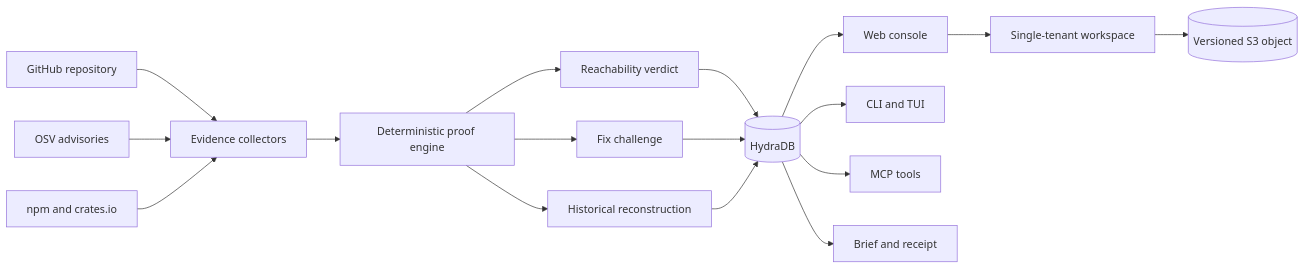
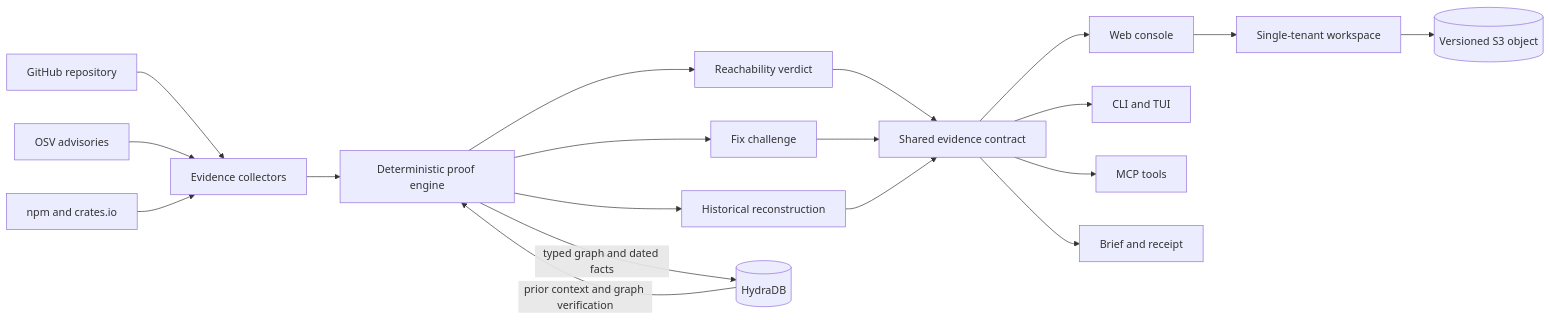
The first of 2 diagrams in README.md (lakshyashishir/recoil), drawn with Mermaid before and after one commit. The commit also changed other lines of this file and 1 other file, not shown here.

````diff
--- a/README.md
+++ b/README.md
@@ -55,23 +56,26 @@
 ```mermaid
 flowchart LR
     GH[GitHub repository] --> C[Evidence collectors]
     OSV[OSV advisories] --> C
     REG[npm and crates.io] --> C
 
     C --> E[Deterministic proof engine]
     E --> V[Reachability verdict]
     E --> F[Fix challenge]
     E --> H[Historical reconstruction]
 
-    V --> DB[(HydraDB)]
-    F --> DB
-    H --> DB
+    V --> CASE[Shared evidence contract]
+    F --> CASE
+    H --> CASE
 
-    DB --> WEB[Web console]
-    DB --> CLI[CLI and TUI]
-    DB --> MCP[MCP tools]
-    DB --> ART[Brief and receipt]
+    E -->|typed graph and dated facts| DB[(HydraDB)]
+    DB -->|prior context and graph verification| E
+
+    CASE --> WEB[Web console]
+    CASE --> CLI[CLI and TUI]
+    CASE --> MCP[MCP tools]
+    CASE --> ART[Brief and receipt]
 
     WEB --> WS[Single-tenant workspace]
     WS --> S3[(Versioned S3 object)]
 ```
````
